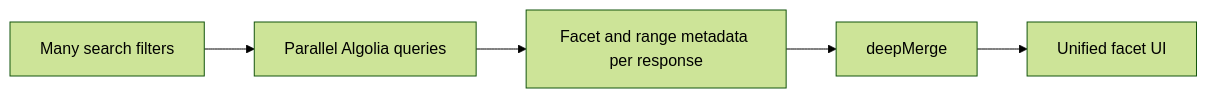
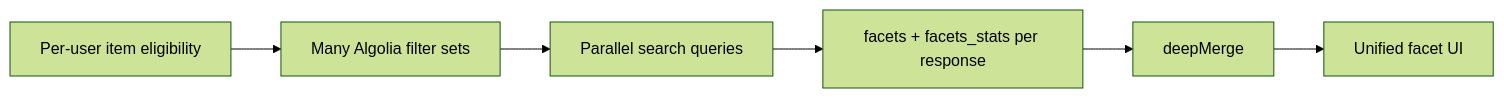
Before and after one commit to Latnac/deep-merge-many: the diagram in README.md, drawn with Mermaid (forest theme). The commit also changed other lines of this file and 1 other file, not shown here.

````diff
--- a/README.md
+++ b/README.md
@@ -17,9 +29,10 @@
 ```mermaid
 flowchart LR
-  filters[Many search filters]
-  queries[Parallel Algolia queries]
-  facets[Facet and range metadata per response]
+  eligibility[Per-user item eligibility]
+  filters[Many Algolia filter sets]
+  queries[Parallel search queries]
+  meta["facets + facets_stats per response"]
   merge[deepMerge]
   ui[Unified facet UI]
-  filters --> queries --> facets --> merge --> ui
+  eligibility --> filters --> queries --> meta --> merge --> ui
 ```
````
